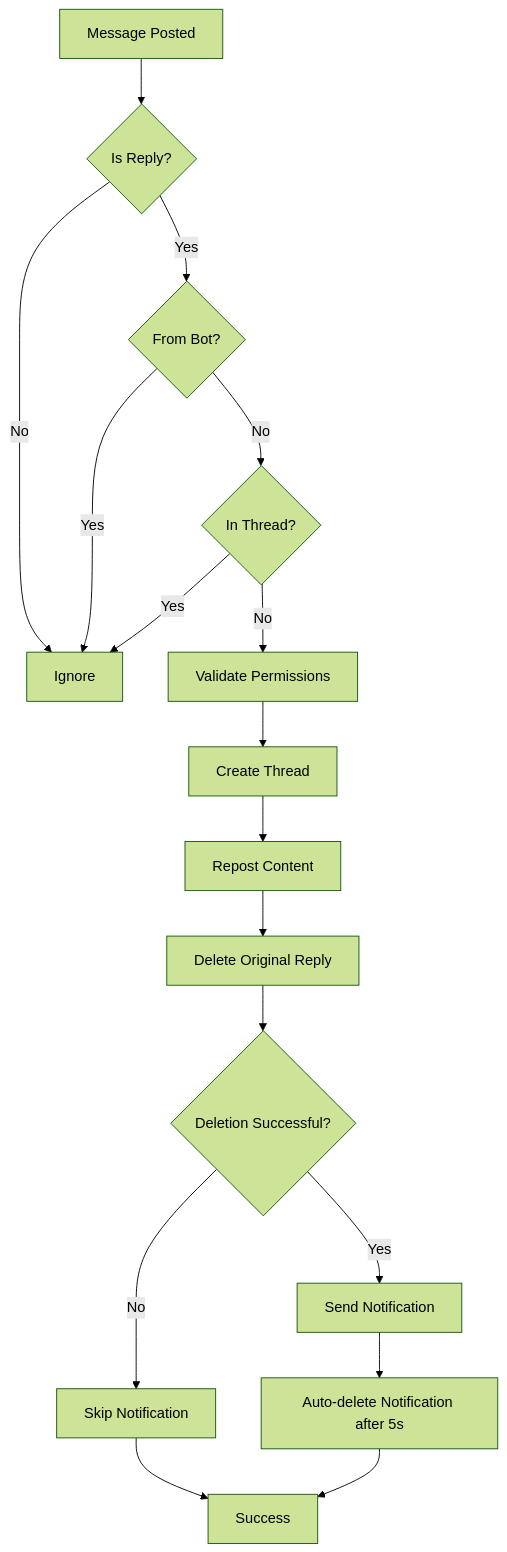
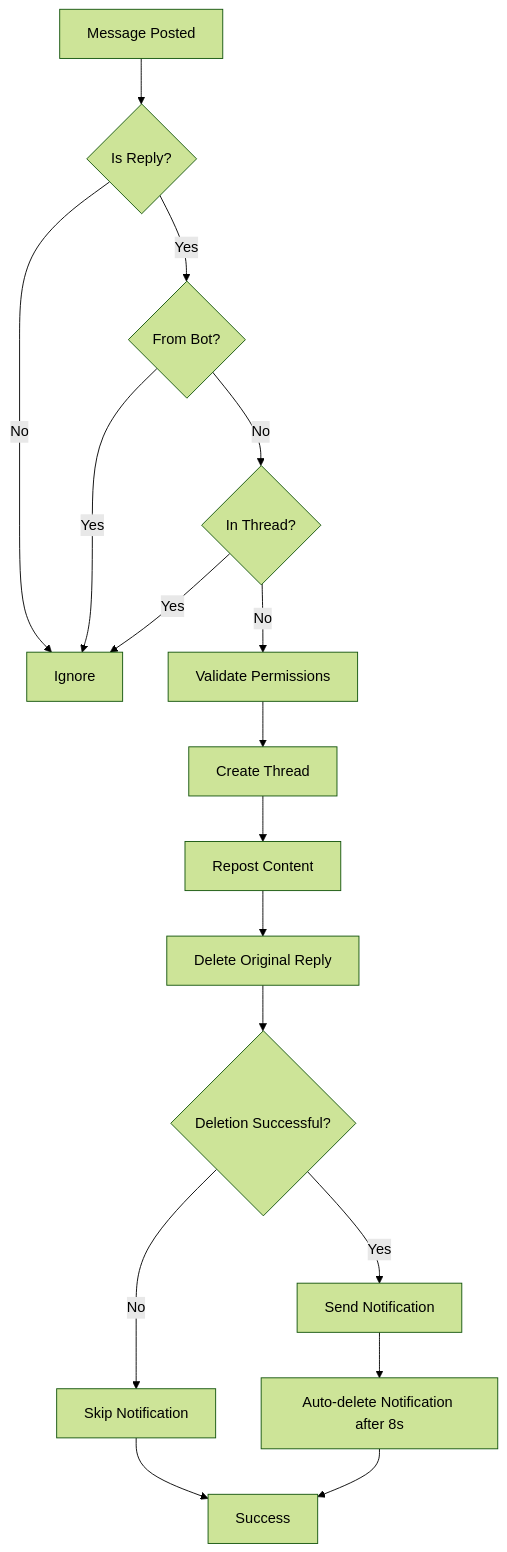
The diagram in docs/CONTRIBUTING.md (wei/thread-it), drawn with Mermaid (forest theme) before and after one commit. The commit also changed other lines of this file and 2 other files, not shown here.

````diff
--- a/docs/CONTRIBUTING.md
+++ b/docs/CONTRIBUTING.md
@@ -178,19 +197,19 @@
 ```mermaid
 graph TD
     A[Message Posted] --> B{Is Reply?}
     B -->|No| C[Ignore]
     B -->|Yes| D{From Bot?}
     D -->|Yes| C
     D -->|No| E{In Thread?}
     E -->|Yes| C
     E -->|No| F[Validate Permissions]
     F --> G[Create Thread]
     G --> H[Repost Content]
     H --> I[Delete Original Reply]
     I --> J{Deletion Successful?}
     J -->|Yes| K[Send Notification]
     J -->|No| L[Skip Notification]
-    K --> M[Auto-delete Notification after 5s]
+    K --> M[Auto-delete Notification after 8s]
     L --> N[Success]
     M --> N
 ```
````
